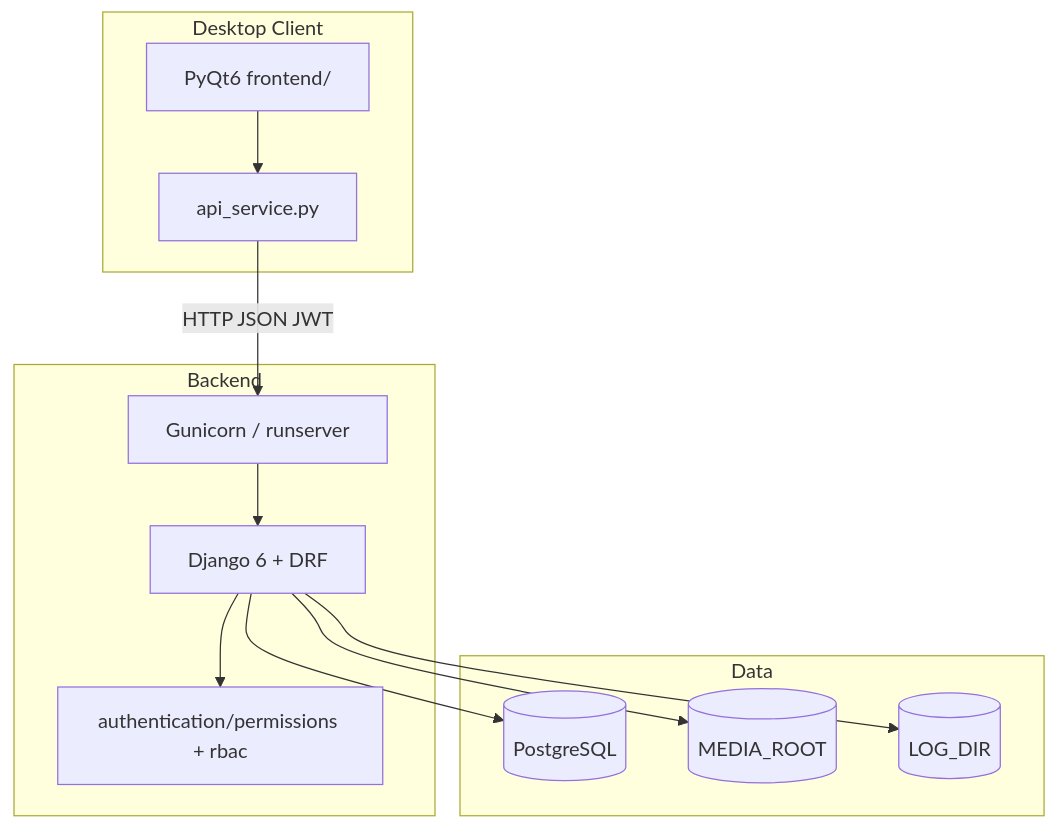
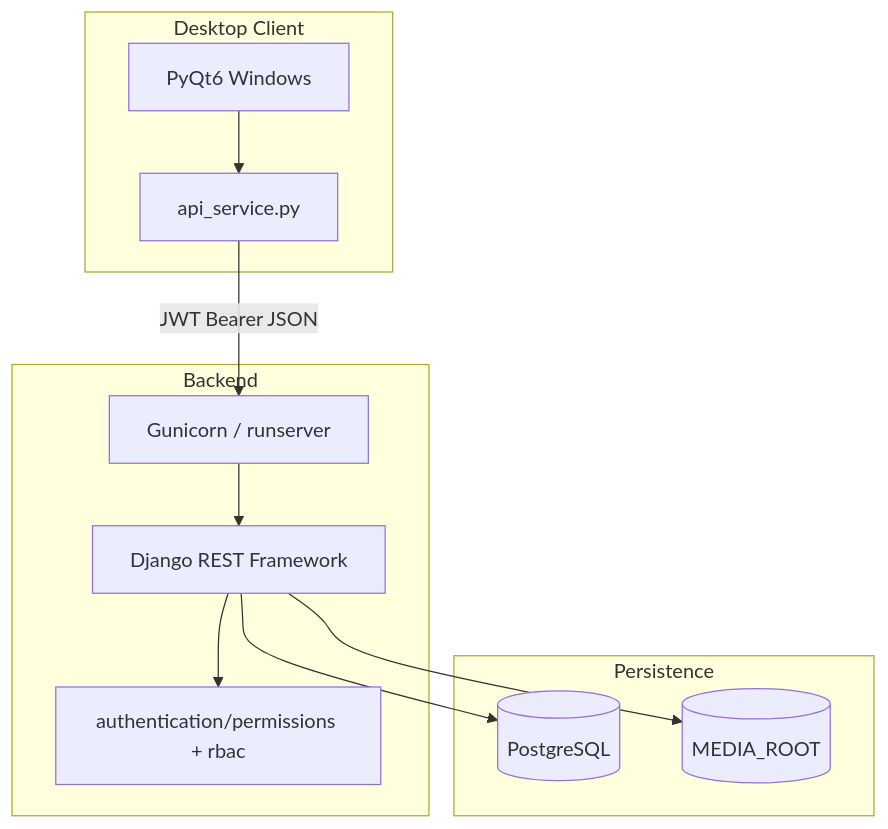
The first of 2 diagrams in README.md (premkumarrs/hrms-system), drawn with Mermaid before and after one commit. The commit also changed other lines of this file, not shown here.

````diff
--- a/README.md
+++ b/README.md
@@ -107,24 +130,22 @@
 ```mermaid
 flowchart TB
     subgraph client [Desktop Client]
-        PyQt[PyQt6 frontend/]
-        API_SVC[api_service.py]
+        UI[PyQt6 Windows]
+        API_CLIENT[api_service.py]
     end
     subgraph server [Backend]
-        Gunicorn[Gunicorn / runserver]
-        Django[Django 6 + DRF]
+        GW[Gunicorn / runserver]
+        DRF[Django REST Framework]
         RBAC[authentication/permissions + rbac]
     end
-    subgraph data [Data]
+    subgraph data [Persistence]
         PG[(PostgreSQL)]
-        Media[(MEDIA_ROOT)]
-        Logs[(LOG_DIR)]
+        MEDIA[(MEDIA_ROOT)]
     end
-    PyQt --> API_SVC
-    API_SVC -->|HTTP JSON JWT| Gunicorn
-    Gunicorn --> Django
-    Django --> RBAC
-    Django --> PG
-    Django --> Media
-    Django --> Logs
+    UI --> API_CLIENT
+    API_CLIENT -->|JWT Bearer JSON| GW
+    GW --> DRF
+    DRF --> RBAC
+    DRF --> PG
+    DRF --> MEDIA
 ```
````
